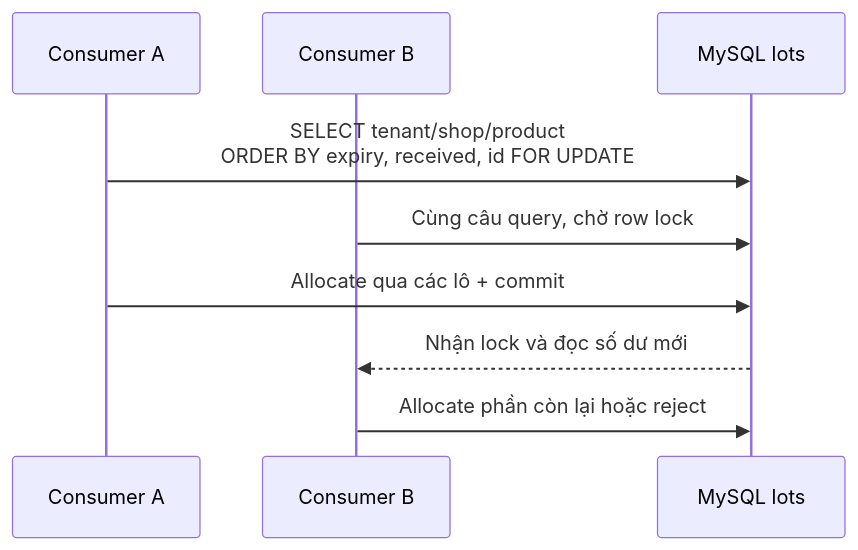
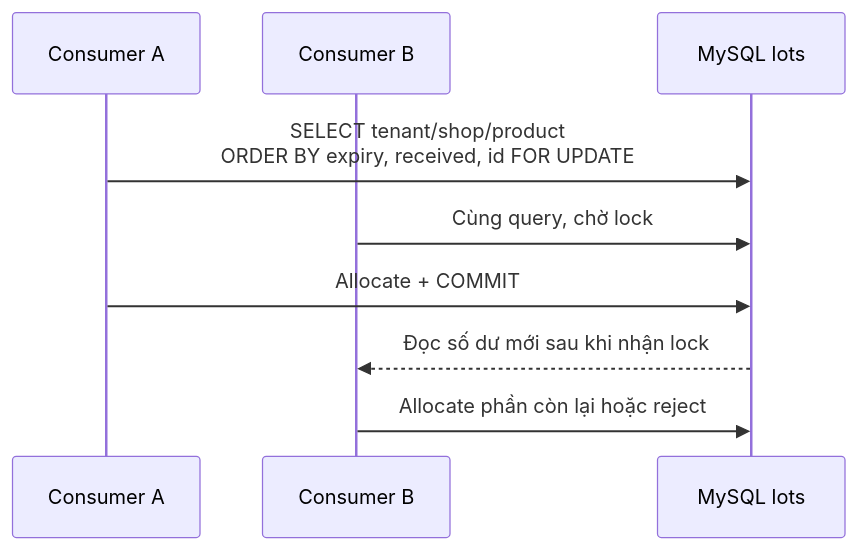
The tenth of 11 diagrams in src/assets/docs/dotnet-core/rabbitmq-reliable-messaging.md (trungdev26/angular-internals), drawn with Mermaid before and after one commit. The commit also changed other lines of this file and 1 other file, not shown here.

````diff
--- a/src/assets/docs/dotnet-core/rabbitmq-reliable-messaging.md
+++ b/src/assets/docs/dotnet-core/rabbitmq-reliable-messaging.md
@@ -181,11 +542,11 @@
 ```mermaid
 sequenceDiagram
-    participant C1 as Consumer A
-    participant C2 as Consumer B
+    participant A as Consumer A
+    participant B as Consumer B
     participant DB as MySQL lots
-    C1->>DB: SELECT tenant/shop/product<br/>ORDER BY expiry, received, id FOR UPDATE
-    C2->>DB: Cùng câu query, chờ row lock
-    C1->>DB: Allocate qua các lô + commit
-    DB-->>C2: Nhận lock và đọc số dư mới
-    C2->>DB: Allocate phần còn lại hoặc reject
+    A->>DB: SELECT tenant/shop/product<br/>ORDER BY expiry, received, id FOR UPDATE
+    B->>DB: Cùng query, chờ lock
+    A->>DB: Allocate + COMMIT
+    DB-->>B: Đọc số dư mới sau khi nhận lock
+    B->>DB: Allocate phần còn lại hoặc reject
 ```
````
